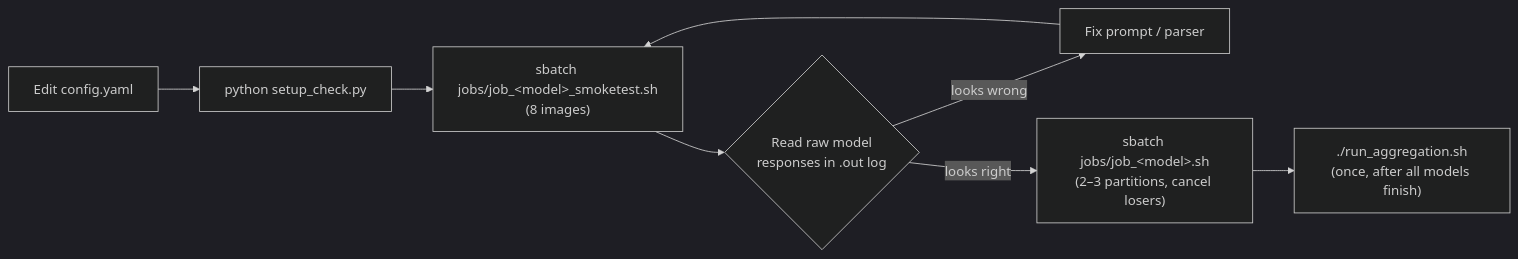
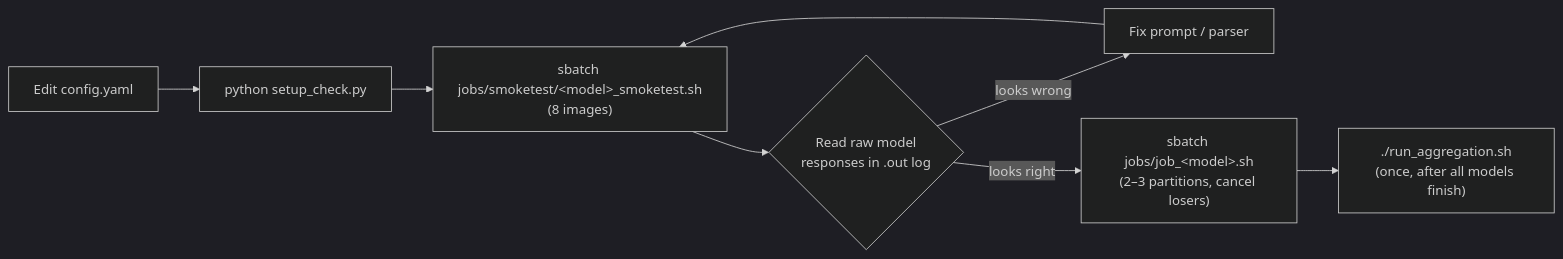
One commit to cfcmadlad/cxr-grounding-benchmark changed the fourth of 4 diagrams in README.md. Above: the diagram before and after it, drawn with Mermaid (dark theme). The commit also changed other lines of this file and 36 other files, not shown here.

First line of the commit message:
Restructure repo: requirements/, docs/, jobs/smoketest/; drop redundant files

````diff
--- a/README.md
+++ b/README.md
@@ -406,9 +407,9 @@
 ```mermaid
 flowchart LR
     A["Edit config.yaml"] --> B["python setup_check.py"]
-    B --> C["sbatch jobs/job_&lt;model&gt;_smoketest.sh<br/>(8 images)"]
+    B --> C["sbatch jobs/smoketest/&lt;model&gt;_smoketest.sh<br/>(8 images)"]
     C --> D{"Read raw model<br/>responses in .out log"}
     D -->|looks wrong| E["Fix prompt / parser"] --> C
     D -->|looks right| F["sbatch jobs/job_&lt;model&gt;.sh<br/>(2–3 partitions, cancel losers)"]
     F --> G["./run_aggregation.sh<br/>(once, after all models finish)"]
 ```
````
